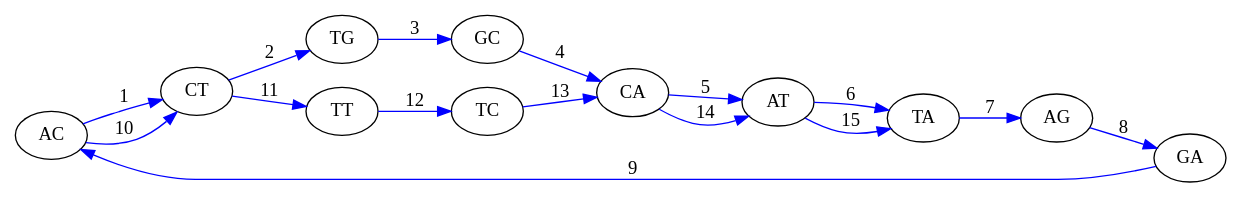
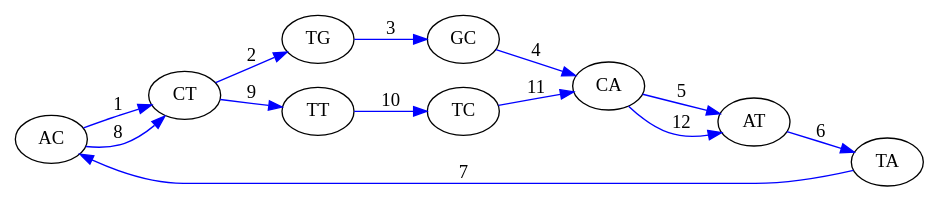
Before and after one commit to bioinf/Sibelia: the diagram in WABIposter/figures/simpleGraph.dot, drawn with Graphviz. The commit also changed 9 other files, not shown here.

```diff
--- a/WABIposter/figures/simpleGraph.dot
+++ b/WABIposter/figures/simpleGraph.dot
@@ -1,19 +1,16 @@
 digraph G
 {
 rankdir=LR
 AC -> CT [color="BLUE", label="1"];
 CT -> TG [color="BLUE", label="2"];
 TG -> GC [color="BLUE", label="3"];
 GC -> CA [color="BLUE", label="4"];
 CA -> AT [color="BLUE", label="5"];
 AT -> TA [color="BLUE", label="6"];
-TA -> AG [color="BLUE", label="7"];
-AG -> GA [color="BLUE", label="8"];
-GA -> AC [color="BLUE", label="9"];
-AC -> CT [color="BLUE", label="10"];
-CT -> TT [color="BLUE", label="11"];
-TT -> TC [color="BLUE", label="12"];
-TC -> CA [color="BLUE", label="13"];
-CA -> AT [color="BLUE", label="14"];
-AT -> TA [color="BLUE", label="15"];
+TA -> AC [color="BLUE", label="7"];
+AC -> CT [color="BLUE", label="8"];
+CT -> TT [color="BLUE", label="9"];
+TT -> TC [color="BLUE", label="10"];
+TC -> CA [color="BLUE", label="11"];
+CA -> AT [color="BLUE", label="12"];
 }
```
